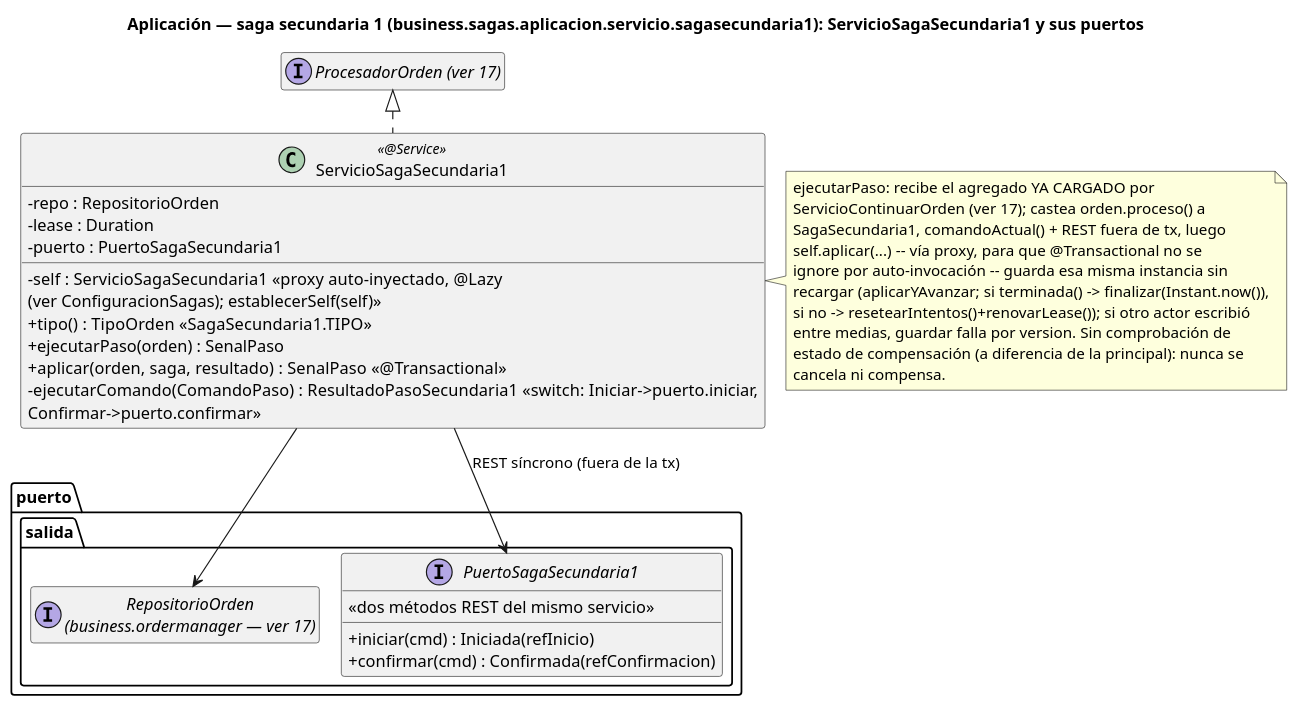
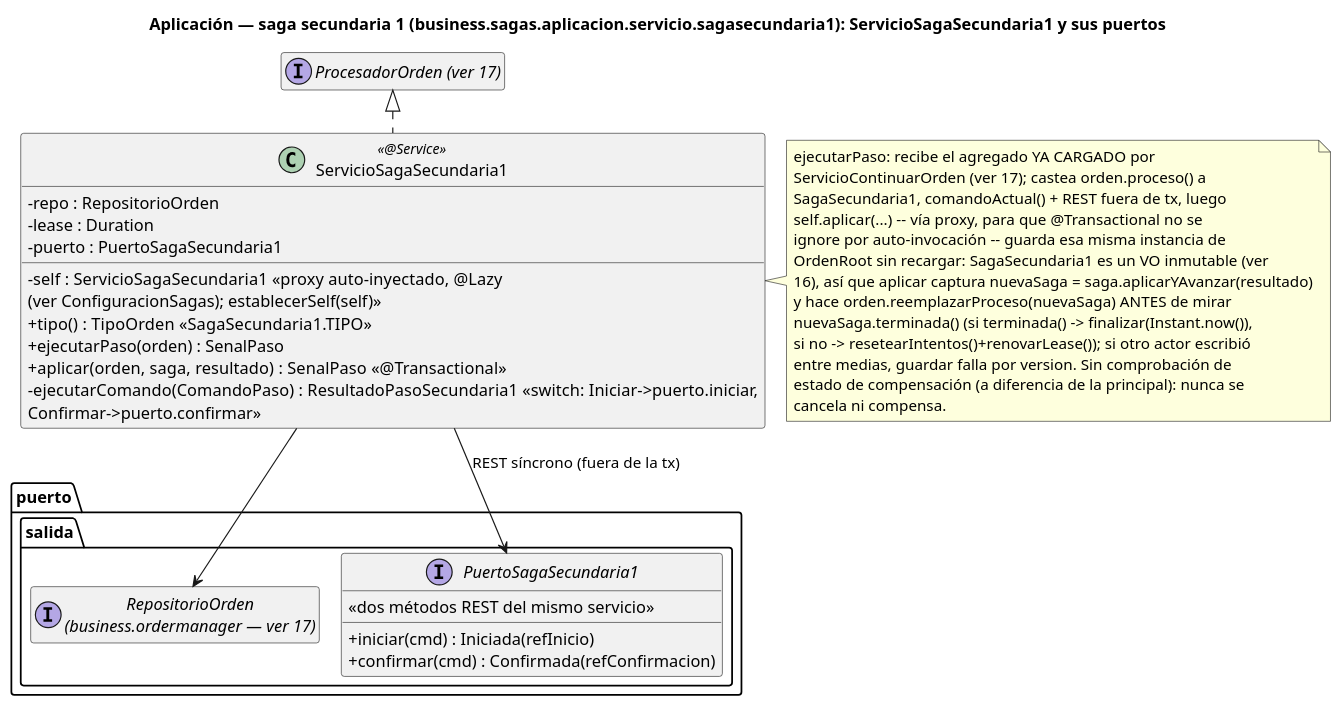
Before and after one commit to ralcazar/patrones: the diagram in order-manager/docs/19-clases-aplicacion-saga-secundaria1.puml, drawn with PlantUML. The commit also changed 60 other files, not shown here.

```diff
--- a/order-manager/docs/19-clases-aplicacion-saga-secundaria1.puml
+++ b/order-manager/docs/19-clases-aplicacion-saga-secundaria1.puml
@@ -1,44 +1,47 @@
 @startuml 19-clases-aplicacion-saga-secundaria1
 title Aplicación — saga secundaria 1 (business.sagas.aplicacion.servicio.sagasecundaria1): ServicioSagaSecundaria1 y sus puertos
 !pragma layout smetana
 hide empty members
 skinparam classAttributeIconSize 0
 
 interface "ProcesadorOrden (ver 17)" as Base
 
 class ServicioSagaSecundaria1 <<@Service>> {
   -repo : RepositorioOrden
   -lease : Duration
   -puerto : PuertoSagaSecundaria1
   -self : ServicioSagaSecundaria1  «proxy auto-inyectado, @Lazy\n(ver ConfiguracionSagas); establecerSelf(self)»
   +tipo() : TipoOrden  «SagaSecundaria1.TIPO»
   +ejecutarPaso(orden) : SenalPaso
   +aplicar(orden, saga, resultado) : SenalPaso  «@Transactional»
   -ejecutarComando(ComandoPaso) : ResultadoPasoSecundaria1  «switch: Iniciar->puerto.iniciar,\nConfirmar->puerto.confirmar»
 }
 note right of ServicioSagaSecundaria1
   ejecutarPaso: recibe el agregado YA CARGADO por
   ServicioContinuarOrden (ver 17); castea orden.proceso() a
   SagaSecundaria1, comandoActual() + REST fuera de tx, luego
   self.aplicar(...) -- vía proxy, para que @Transactional no se
-  ignore por auto-invocación -- guarda esa misma instancia sin
-  recargar (aplicarYAvanzar; si terminada() -> finalizar(Instant.now()),
+  ignore por auto-invocación -- guarda esa misma instancia de
+  OrdenRoot sin recargar: SagaSecundaria1 es un VO inmutable (ver
+  16), así que aplicar captura nuevaSaga = saga.aplicarYAvanzar(resultado)
+  y hace orden.reemplazarProceso(nuevaSaga) ANTES de mirar
+  nuevaSaga.terminada() (si terminada() -> finalizar(Instant.now()),
   si no -> resetearIntentos()+renovarLease()); si otro actor escribió
   entre medias, guardar falla por version. Sin comprobación de
   estado de compensación (a diferencia de la principal): nunca se
   cancela ni compensa.
 end note
 
 package "puerto.salida" {
   interface "RepositorioOrden\n(business.ordermanager — ver 17)" as RepositorioOrden
   interface PuertoSagaSecundaria1 {
     +iniciar(cmd) : Iniciada(refInicio)
     +confirmar(cmd) : Confirmada(refConfirmacion)
     «dos métodos REST del mismo servicio»
   }
 }
 
 Base <|.. ServicioSagaSecundaria1
 ServicioSagaSecundaria1 --> RepositorioOrden
 ServicioSagaSecundaria1 --> PuertoSagaSecundaria1 : REST síncrono (fuera de la tx)
 @enduml
```
